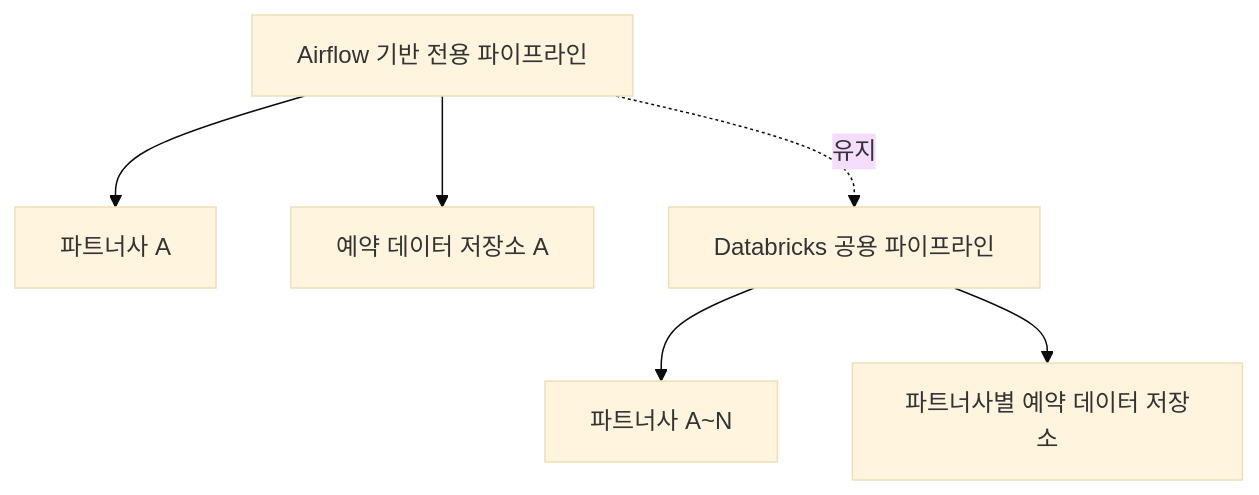
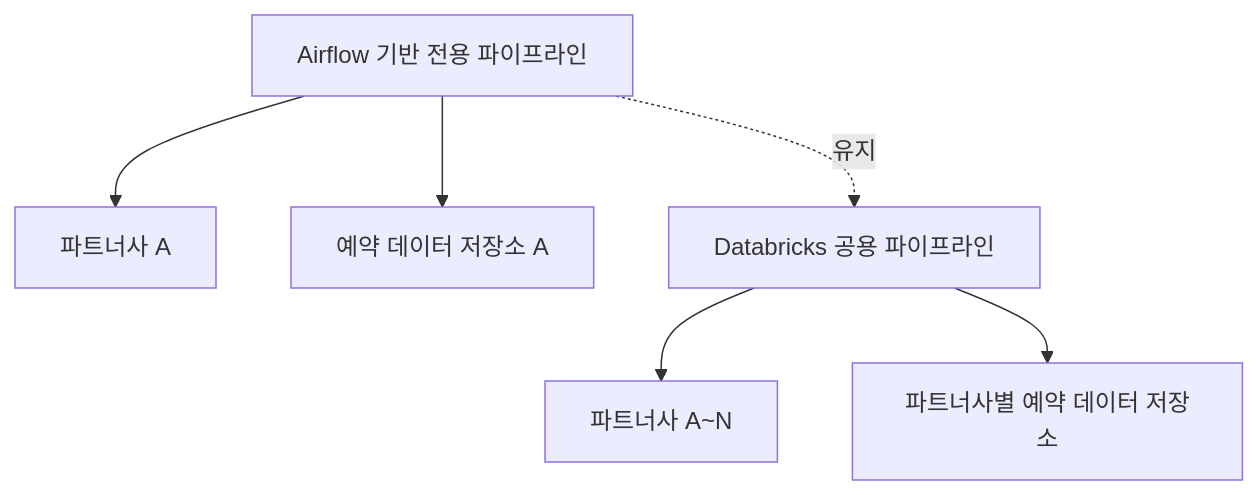
Before and after one commit to yeokyeong-yoon/yeokyeong-yoon.github.io: the first of 2 diagrams in _posts/2025-03-15-elt-pipeline.md, drawn with Mermaid. The commit also changed other lines of this file, not shown here.

````diff
--- a/_posts/2025-03-15-elt-pipeline.md
+++ b/_posts/2025-03-15-elt-pipeline.md
@@ -24,9 +28,8 @@
 ```mermaid
-%%{init: {'theme': 'base', 'themeVariables': { 'fontSize': '16px'}}}%%
 graph TD
     A[Airflow 기반 전용 파이프라인] --> B[파트너사 A]
     A --> C[예약 데이터 저장소 A]
     D[Databricks 공용 파이프라인] --> E[파트너사 A~N]
     D --> F[파트너사별 예약 데이터 저장소]
     A -. 유지 -.-> D
 ```
````
